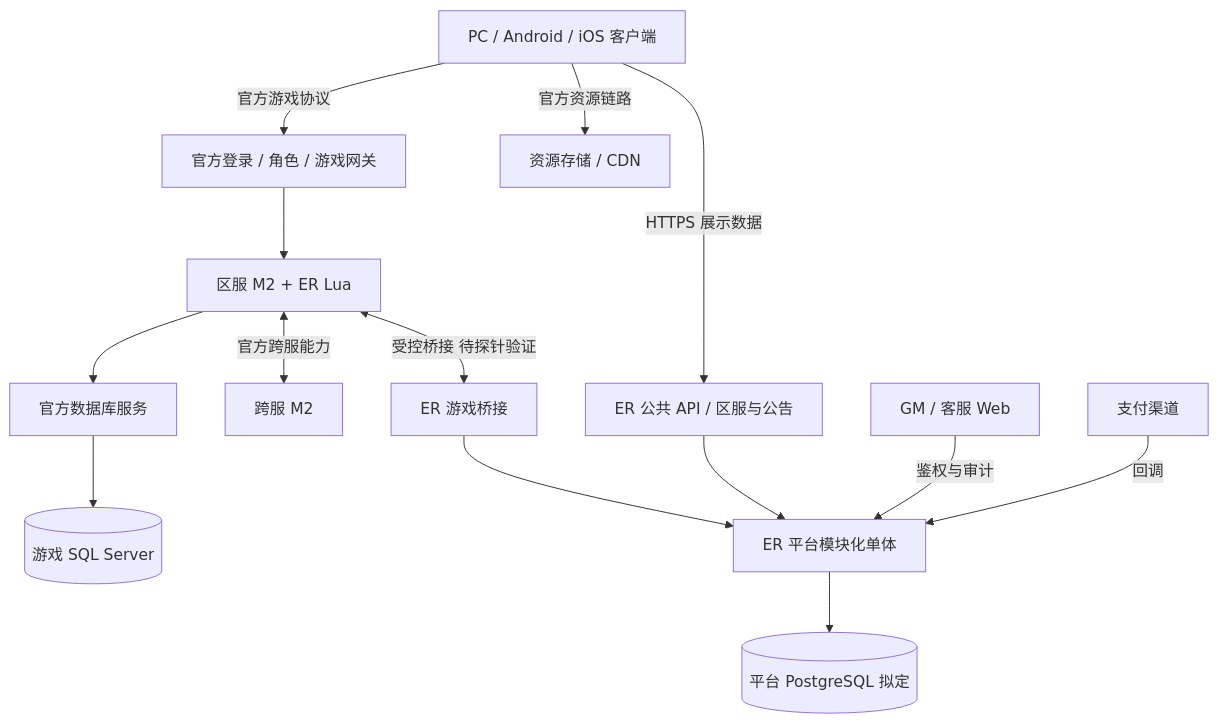
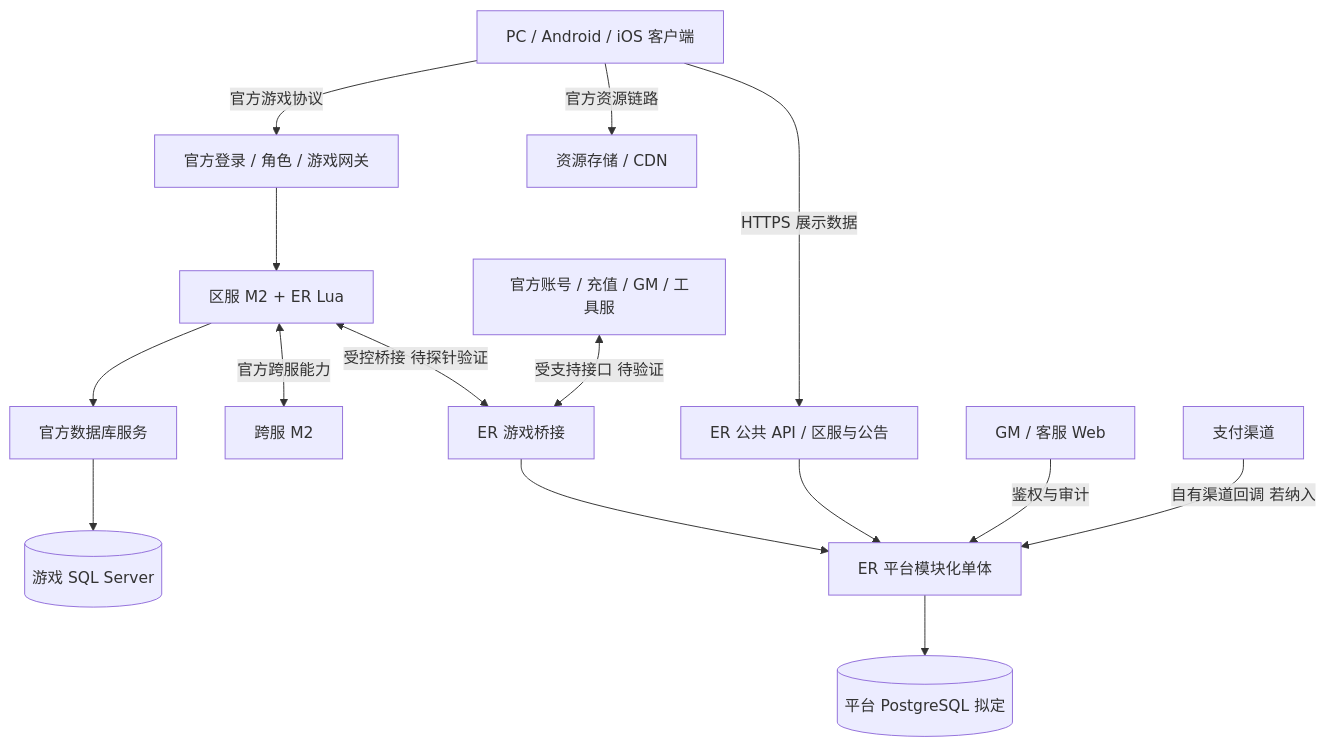
Before and after one commit to bitallin/EmberRealm-Engine: the first of 2 diagrams in docs/architecture.md, drawn with Mermaid. The commit also changed other lines of this file and 32 other files, not shown here.

````diff
--- a/docs/architecture.md
+++ b/docs/architecture.md
@@ -16,16 +16,17 @@
 ```mermaid
 flowchart TB
   PC[PC / Android / iOS 客户端] -->|官方游戏协议| Gate[官方登录 / 角色 / 游戏网关]
   Gate --> M2[区服 M2 + ER Lua]
   M2 --> DBService[官方数据库服务]
   DBService --> GameDB[(游戏 SQL Server)]
   M2 <-->|官方跨服能力| Cross[跨服 M2]
   PC -->|HTTPS 展示数据| Public[ER 公共 API / 区服与公告]
   PC -->|官方资源链路| CDN[资源存储 / CDN]
   M2 <-->|受控桥接 待探针验证| Bridge[ER 游戏桥接]
   Bridge --> Platform[ER 平台模块化单体]
   Public --> Platform
   Platform --> PlatformDB[(平台 PostgreSQL 拟定)]
   Admin[GM / 客服 Web] -->|鉴权与审计| Platform
-  Payment[支付渠道] -->|回调| Platform
+  Payment[支付渠道] -->|自有渠道回调 若纳入| Platform
+  Official[官方账号 / 充值 / GM / 工具服] <-->|受支持接口 待验证| Bridge
 ```
````
